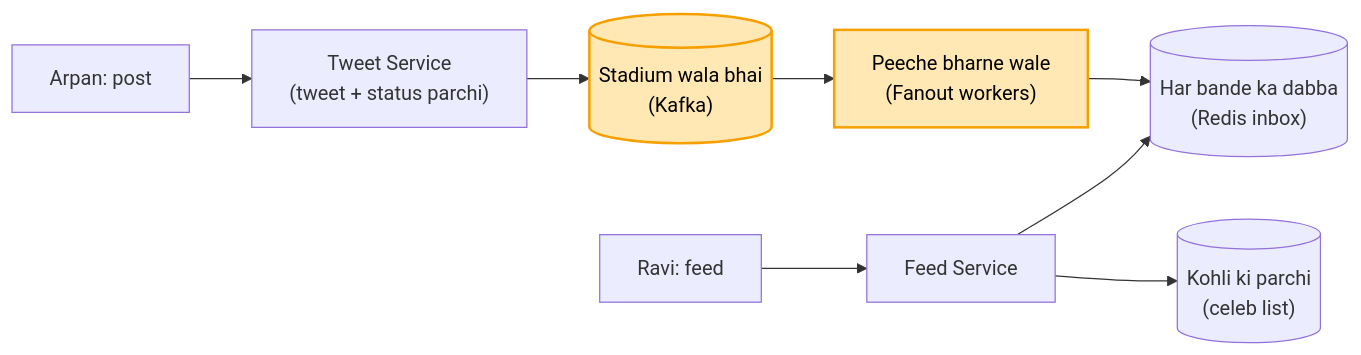
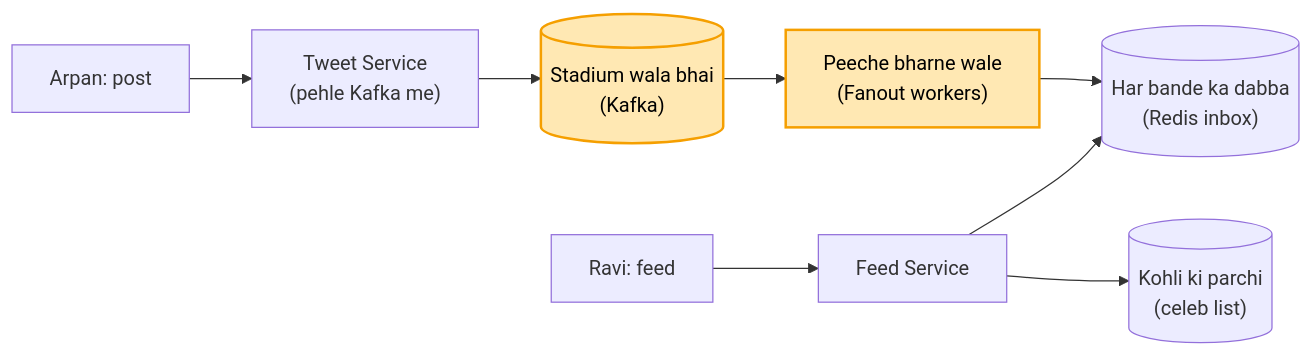
Before and after one commit to ArpanMaheshwari144/Prep: the first of 3 diagrams in 04_HLD/SYSTEM_DESIGNS/03_twitter_feed/03_twitter_feed.md, drawn with Mermaid. The commit also changed other lines of this file and 7 other files, not shown here.

Commit message:
HLD audit: twitter Kafka pehle (row parchi hata), notification idempotency Postgres, stock ACID + order log saaf, Kafka 30 gate, chat seq restart, docs Saved Cassandra ke baad

````diff
--- a/04_HLD/SYSTEM_DESIGNS/03_twitter_feed/03_twitter_feed.md
+++ b/04_HLD/SYSTEM_DESIGNS/03_twitter_feed/03_twitter_feed.md
@@ -58,12 +58,12 @@
 ```mermaid
 flowchart LR
-    A["Arpan: post"] --> TS["Tweet Service<br/>(tweet + status parchi)"]
+    A["Arpan: post"] --> TS["Tweet Service<br/>(pehle Kafka me)"]
     TS --> K[("Stadium wala bhai<br/>(Kafka)")]
     K --> FW["Peeche bharne wale<br/>(Fanout workers)"]
     FW --> IN[("Har bande ka dabba<br/>(Redis inbox)")]
     R["Ravi: feed"] --> FS["Feed Service"]
     FS --> IN
     FS --> P[("Kohli ki parchi<br/>(celeb list)")]
     style K fill:#ffe8b3,stroke:#f59f00,stroke-width:2px,color:#000
     style FW fill:#ffe8b3,stroke:#f59f00,stroke-width:2px,color:#000
 ```
````
